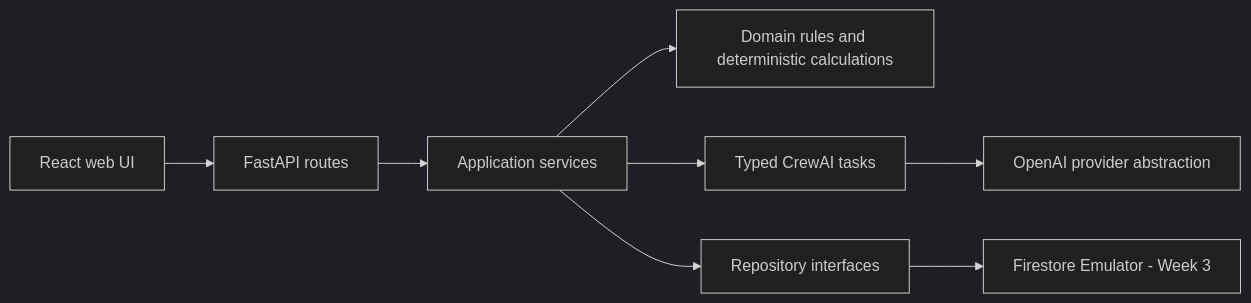
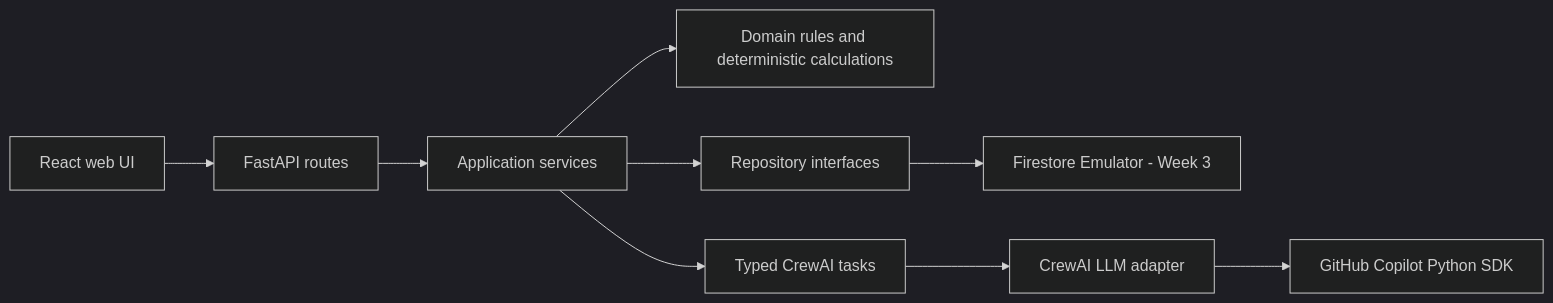
One commit to MFeijo96/Carmelo changed the first of 3 diagrams in project-context/1.define/sad.md. Above: the diagram before and after it, drawn with Mermaid (dark theme). The commit also changed other lines of this file and 39 other files, not shown here.

Commit message:
CrewAI integration (copilot)

````diff
--- a/project-context/1.define/sad.md
+++ b/project-context/1.define/sad.md
@@ -102,10 +102,11 @@
 ```mermaid
 flowchart LR
   UI[React web UI] --> API[FastAPI routes]
   API --> SVC[Application services]
   SVC --> DOM[Domain rules and deterministic calculations]
   SVC --> AG[Typed CrewAI tasks]
   SVC --> REPO[Repository interfaces]
   REPO --> FS[Firestore Emulator - Week 3]
-  AG --> LLM[OpenAI provider abstraction]
+  AG --> ADAPTER[CrewAI LLM adapter]
+  ADAPTER --> SDK[GitHub Copilot Python SDK]
 ```
````
